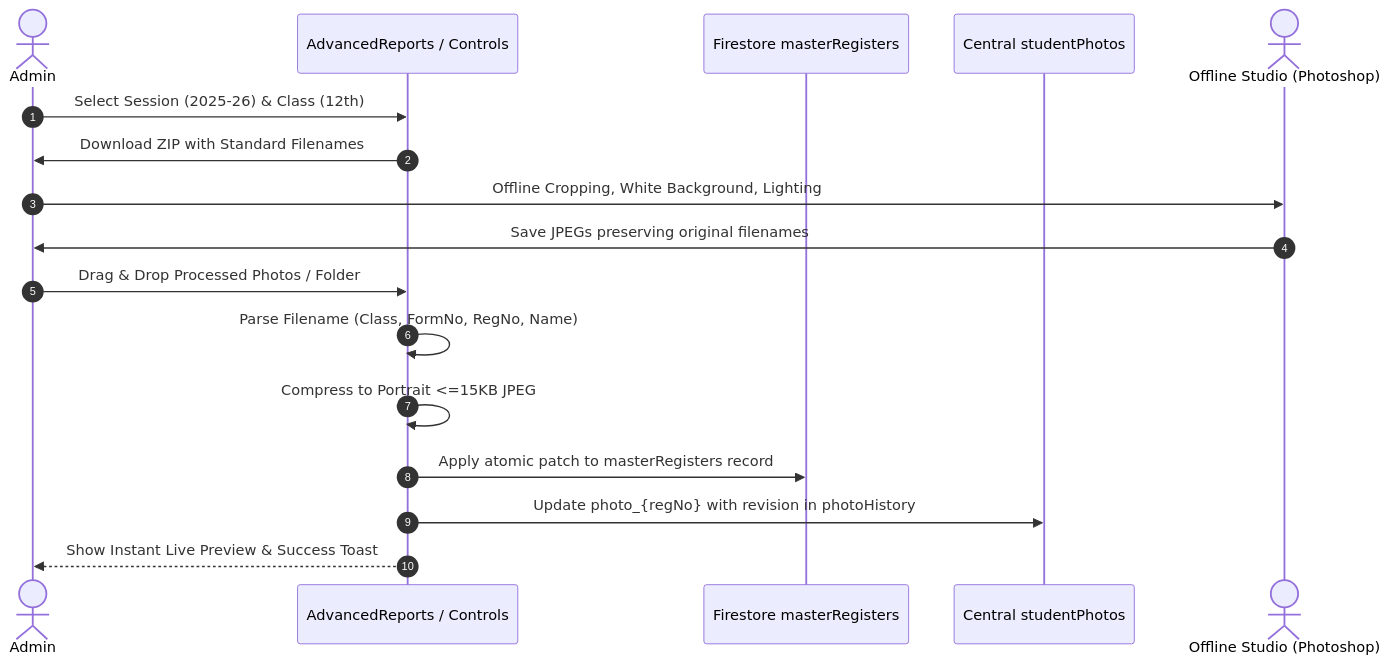
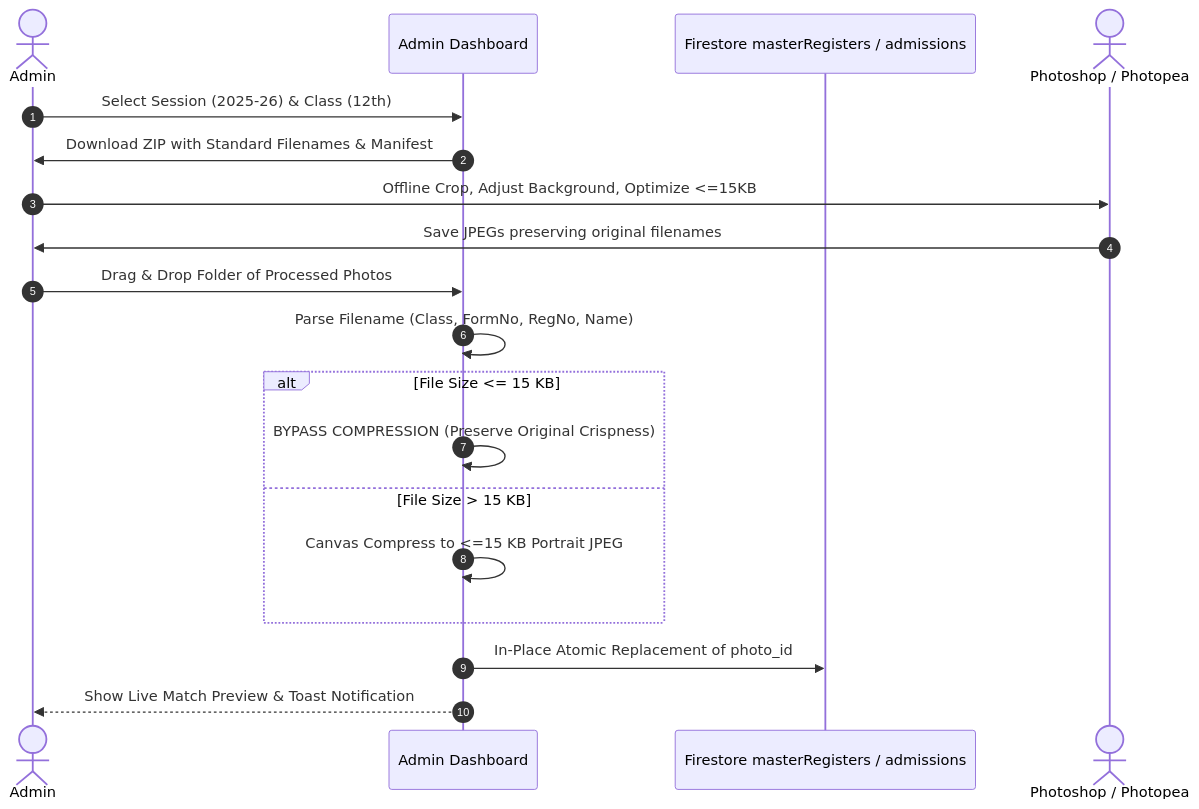
Before and after one commit to admexamhssshangus-dot/hss.shangus_website: the second of 2 diagrams in docs/SESSION_ROLL_AND_PHOTO_PIPELINE_PLAN.md, drawn with Mermaid. The commit also changed other lines of this file, not shown here.

Commit message:
docs: revise session roll plan with single source, smart photo compression, and unapproved json export

````diff
--- a/docs/SESSION_ROLL_AND_PHOTO_PIPELINE_PLAN.md
+++ b/docs/SESSION_ROLL_AND_PHOTO_PIPELINE_PLAN.md
@@ -126,20 +133,22 @@
 ```mermaid
 sequenceDiagram
     autonumber
     actor Admin
-    participant UI as AdvancedReports / Controls
-    participant FS as Firestore masterRegisters
-    participant CP as Central studentPhotos
-    actor Editor as Offline Studio (Photoshop)
+    participant UI as Admin Dashboard
+    participant FS as Firestore masterRegisters / admissions
+    actor Studio as Photoshop / Photopea
 
     Admin->>UI: Select Session (2025-26) & Class (12th)
-    UI->>Admin: Download ZIP with Standard Filenames
-    Admin->>Editor: Offline Cropping, White Background, Lighting
-    Editor->>Admin: Save JPEGs preserving original filenames
-    Admin->>UI: Drag & Drop Processed Photos / Folder
+    UI->>Admin: Download ZIP with Standard Filenames & Manifest
+    Admin->>Studio: Offline Crop, Adjust Background, Optimize <=15KB
+    Studio->>Admin: Save JPEGs preserving original filenames
+    Admin->>UI: Drag & Drop Folder of Processed Photos
     UI->>UI: Parse Filename (Class, FormNo, RegNo, Name)
-    UI->>UI: Compress to Portrait <=15KB JPEG
-    UI->>FS: Apply atomic patch to masterRegisters record
-    UI->>CP: Update photo_{regNo} with revision in photoHistory
-    UI-->>Admin: Show Instant Live Preview & Success Toast
+    alt File Size <= 15 KB
+        UI->>UI: BYPASS COMPRESSION (Preserve Original Crispness)
+    else File Size > 15 KB
+        UI->>UI: Canvas Compress to <=15 KB Portrait JPEG
+    end
+    UI->>FS: In-Place Atomic Replacement of photo_id
+    UI-->>Admin: Show Live Match Preview & Toast Notification
 ```
````
